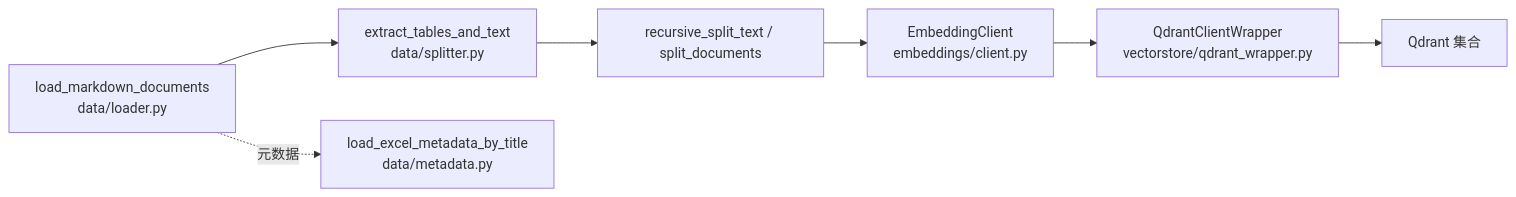
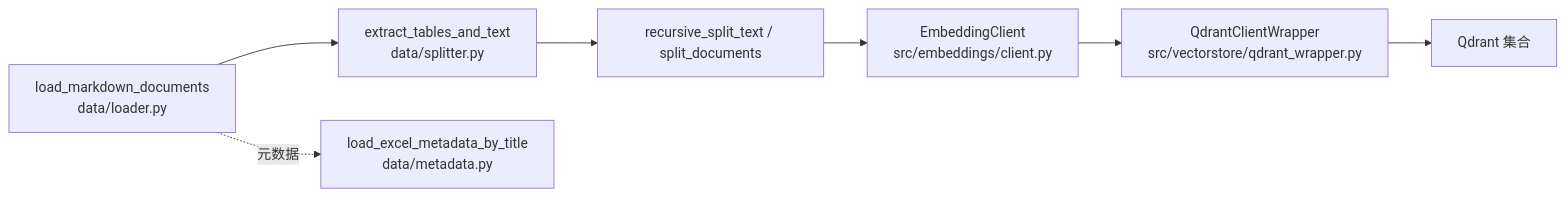
The second of 4 diagrams in docs/ARCHITECTURE.md (autumnieave/smart-financial-qa), drawn with Mermaid before and after one commit. The commit also changed other lines of this file and 7 other files, not shown here.

````diff
--- a/docs/ARCHITECTURE.md
+++ b/docs/ARCHITECTURE.md
@@ -83,9 +83,9 @@
 ```mermaid
 flowchart LR
     A["load_markdown_documents<br/>data/loader.py"] --> B["extract_tables_and_text<br/>data/splitter.py"]
     B --> C["recursive_split_text / split_documents"]
-    C --> D["EmbeddingClient<br/>embeddings/client.py"]
-    D --> E["QdrantClientWrapper<br/>vectorstore/qdrant_wrapper.py"]
+    C --> D["EmbeddingClient<br/>src/embeddings/client.py"]
+    D --> E["QdrantClientWrapper<br/>src/vectorstore/qdrant_wrapper.py"]
     E --> F["Qdrant 集合"]
     A -.元数据.-> G["load_excel_metadata_by_title<br/>data/metadata.py"]
 ```
````
